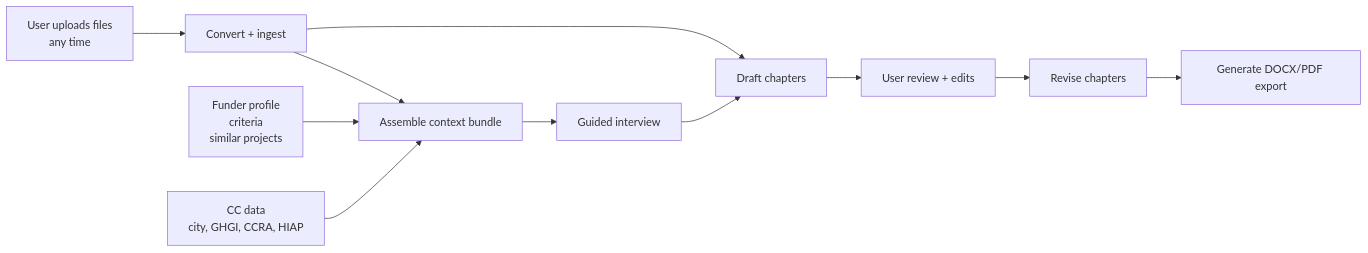
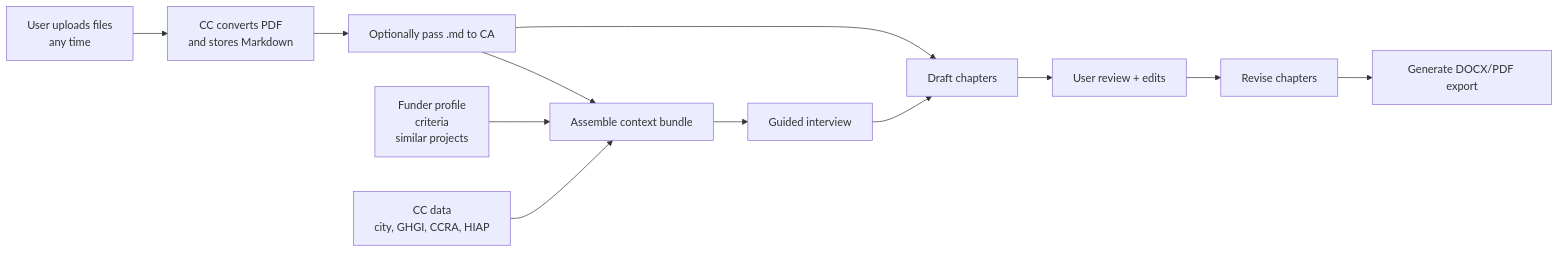
Before and after one commit to Open-Earth-Foundation/CityCatalyst: the second of 13 diagrams in docs/ConceptNoteBuilderArchitecture.md, drawn with Mermaid. The commit also changed other lines of this file and 1 other file, not shown here.

Commit message:
docs: move PDF OCR ownership to CityCatalyst

````diff
--- a/docs/ConceptNoteBuilderArchitecture.md
+++ b/docs/ConceptNoteBuilderArchitecture.md
@@ -137,17 +156,18 @@
 ```mermaid
 flowchart LR
     Context["Assemble context bundle"]
     Context --> Interview["Guided interview"]
     Interview --> Draft["Draft chapters"]
     Draft --> Review["User review + edits"]
     Review --> Revise["Revise chapters"]
     Revise --> Export["Generate DOCX/PDF export"]
 
-    Upload["User uploads files<br/>any time"] --> Ingest["Convert + ingest"]
+    Upload["User uploads files<br/>any time"] --> Convert["CC converts PDF<br/>and stores Markdown"]
+    Convert --> Ingest["Optionally pass .md to CA"]
     Ingest --> Context
     Ingest --> Draft
 
     Research["Funder profile<br/>criteria<br/>similar projects"] --> Context
 
     CCData["CC data<br/>city, GHGI, CCRA, HIAP"] --> Context
 ```
````
